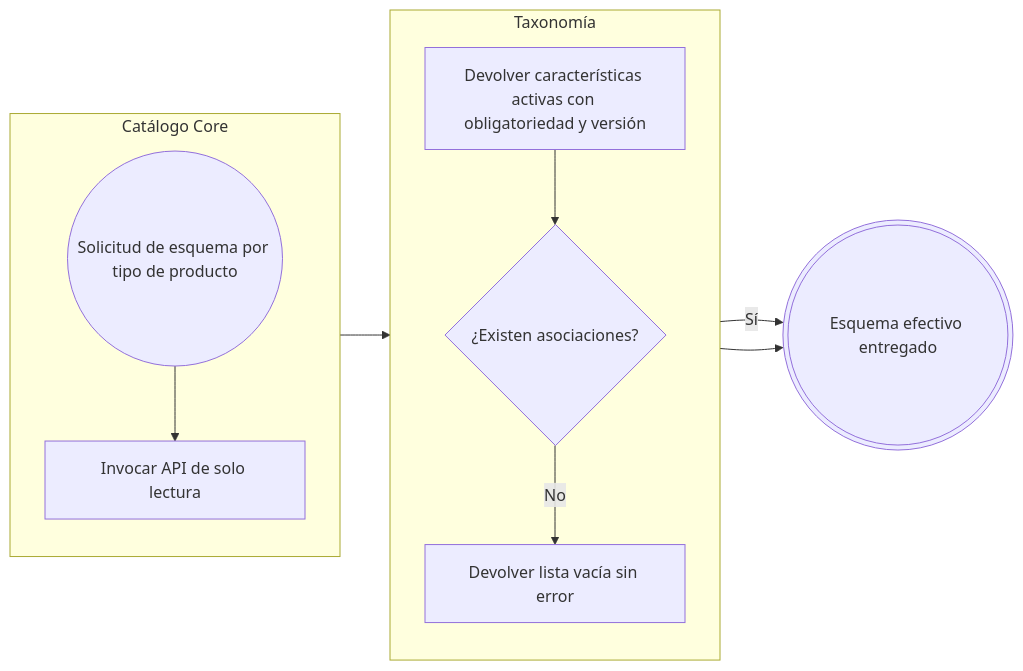
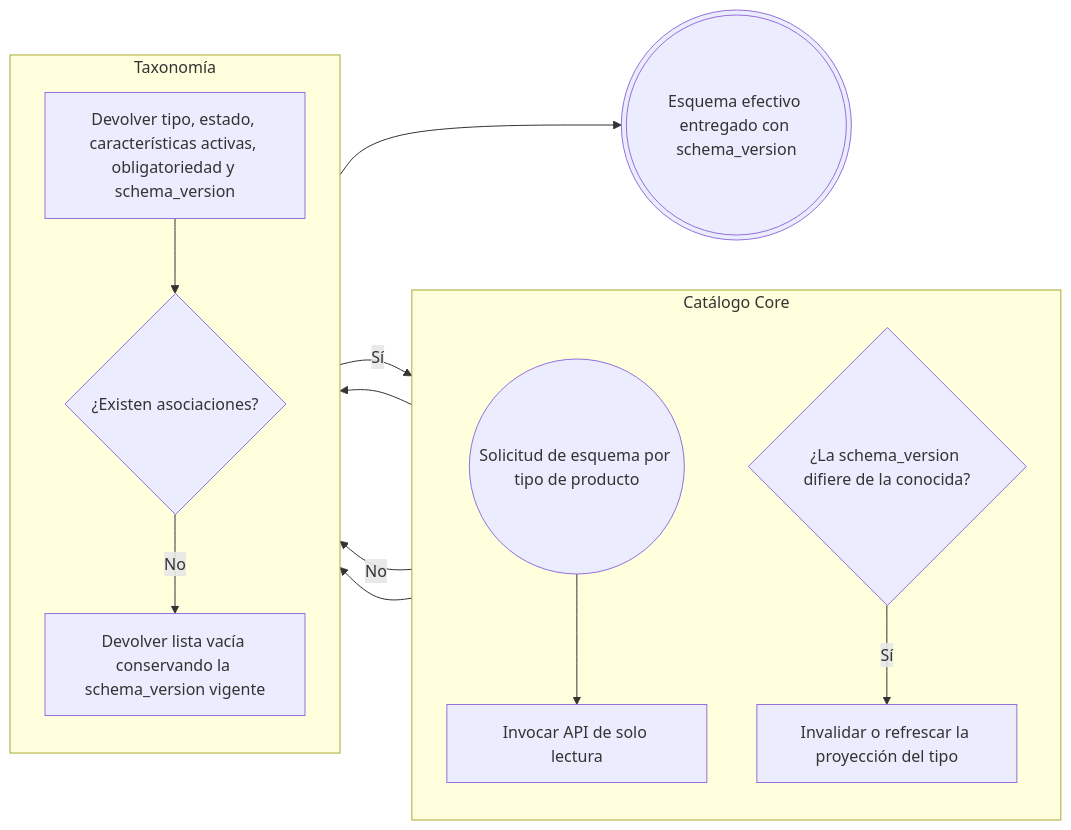
The sixth of 7 diagrams in flujos/FLOW-010-asociacion-tipo-producto-caracteristica.md (Taller-SW-Web/G6-Productos-Ofertas-docs), drawn with Mermaid before and after one commit. The commit also changed other lines of this file and 18 other files, not shown here.

````diff
--- a/flujos/FLOW-010-asociacion-tipo-producto-caracteristica.md
+++ b/flujos/FLOW-010-asociacion-tipo-producto-caracteristica.md
@@ -180,25 +250,30 @@
 ```mermaid
 flowchart LR
 
     subgraph CATALOGO["Catálogo Core"]
         direction TB
         INICIO((Solicitud de esquema por tipo de producto))
         G1["Invocar API de solo lectura"]
+        D2{"¿La schema_version difiere de la conocida?"}
+        G2["Invalidar o refrescar la proyección del tipo"]
     end
 
     subgraph TAXONOMIA["Taxonomía"]
         direction TB
-        T1["Devolver características activas con obligatoriedad y versión"]
+        T1["Devolver tipo, estado, características activas, obligatoriedad y schema_version"]
         D1{"¿Existen asociaciones?"}
-        T2["Devolver lista vacía sin error"]
+        T2["Devolver lista vacía conservando la schema_version vigente"]
     end
 
-    FIN_ESQUEMA(((Esquema efectivo entregado)))
+    FIN_ESQUEMA(((Esquema efectivo entregado con schema_version)))
 
     INICIO --> G1
     G1 --> T1
     T1 --> D1
-    D1 -->|"Sí"| FIN_ESQUEMA
+    D1 -->|"Sí"| D2
     D1 -->|"No"| T2
+    D2 -->|"Sí"| G2
+    D2 -->|"No"| T2
+    G2 --> T2
     T2 --> FIN_ESQUEMA
 ```
````
